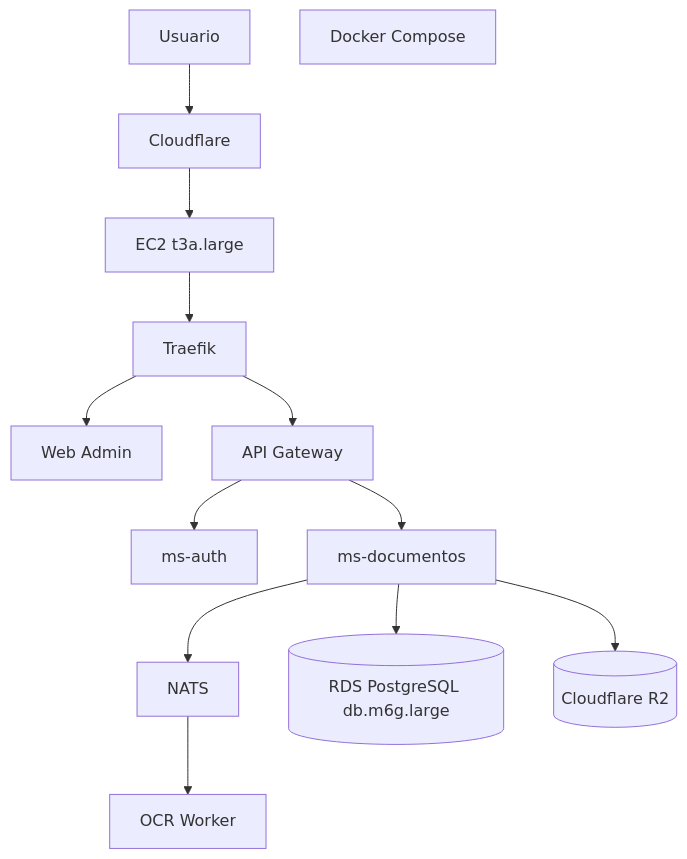
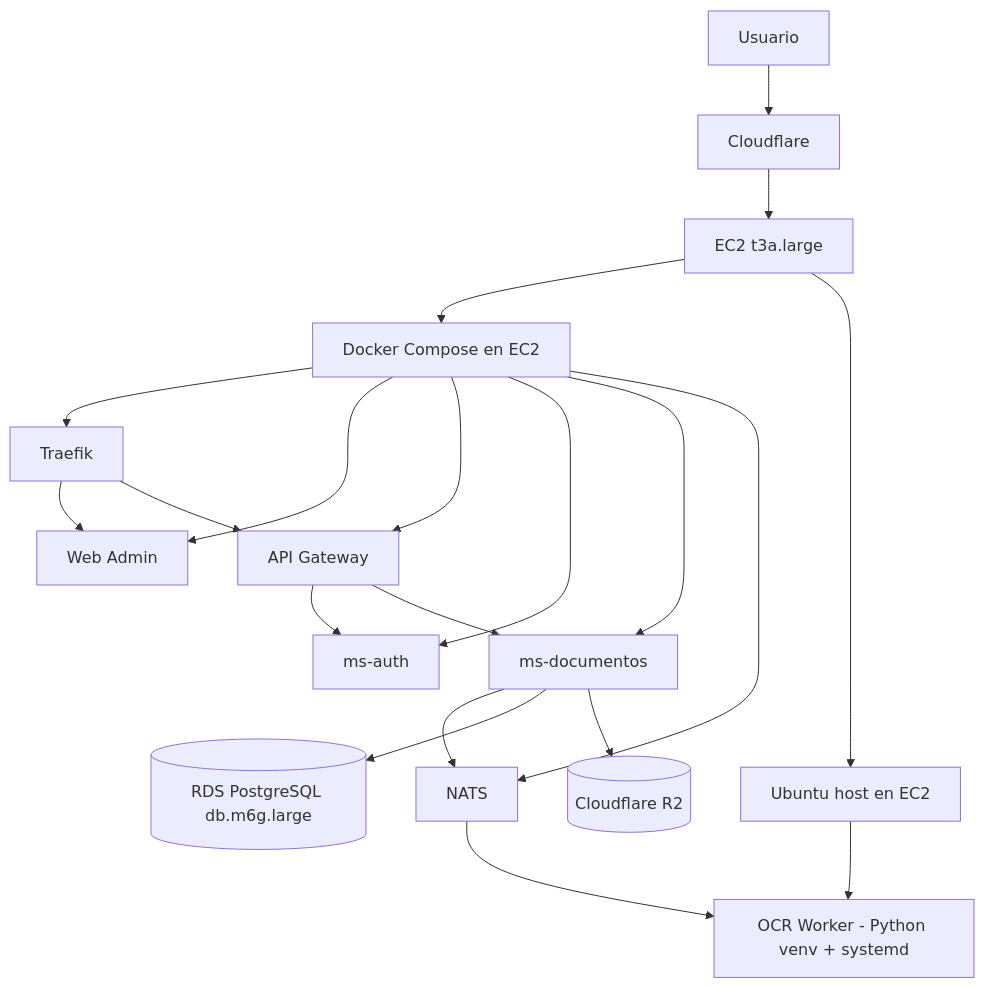
Before and after one commit to loxi1/documental-platform: the diagram in docs/15-diagrams/deployment-aws.md, drawn with Mermaid. The commit also changed other lines of this file and 10 other files, not shown here.

````diff
--- a/docs/15-diagrams/deployment-aws.md
+++ b/docs/15-diagrams/deployment-aws.md
@@ -3,28 +3,37 @@
 ```mermaid
 flowchart TD
     User[Usuario]
     CF[Cloudflare]
     EC2[EC2 t3a.large]
+    Docker["Docker Compose en EC2"]
+    Host["Ubuntu host en EC2"]
     Traefik[Traefik]
-    Docker[Docker Compose]
     Web[Web Admin]
     Gateway[API Gateway]
     Auth[ms-auth]
     Docs[ms-documentos]
-    OCR[OCR Worker]
     NATS[NATS]
+    OCR["OCR Worker - Python venv + systemd"]
     RDS[(RDS PostgreSQL db.m6g.large)]
     R2[(Cloudflare R2)]
 
     User --> CF
     CF --> EC2
-    EC2 --> Traefik
+    EC2 --> Docker
+    EC2 --> Host
+    Docker --> Traefik
+    Docker --> Web
+    Docker --> Gateway
+    Docker --> Auth
+    Docker --> Docs
+    Docker --> NATS
+    Host --> OCR
     Traefik --> Web
     Traefik --> Gateway
     Gateway --> Auth
     Gateway --> Docs
     Docs --> NATS
     NATS --> OCR
     Docs --> RDS
     Docs --> R2
 ```
````
